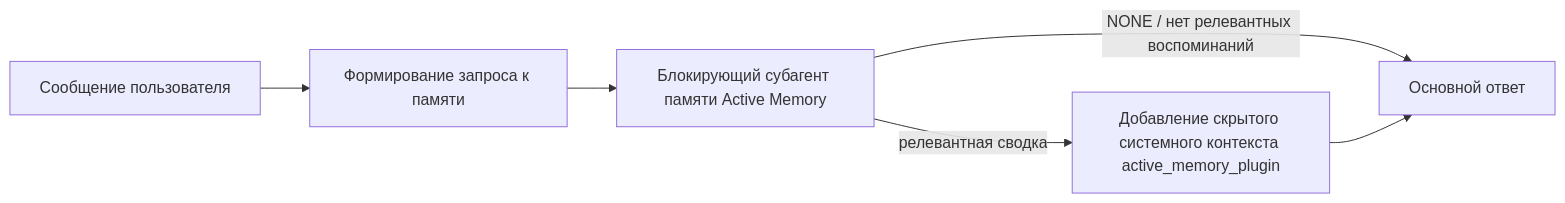
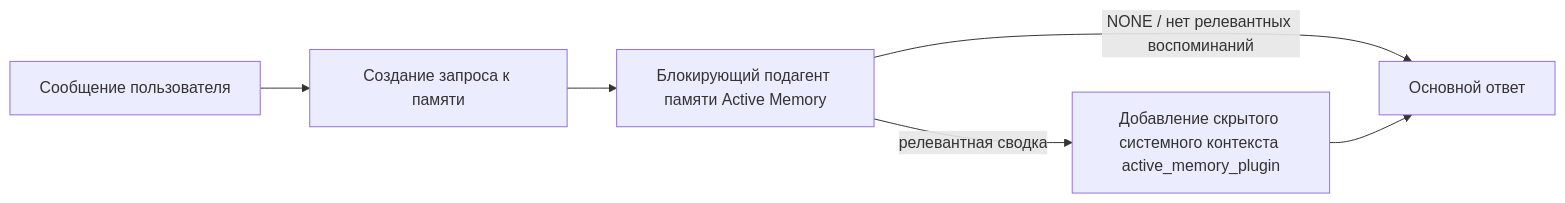
The diagram in docs/ru/concepts/active-memory.md (openclaw/docs), drawn with Mermaid before and after one commit. The commit also changed other lines of this file and 6121 other files, not shown here.

````diff
--- a/docs/ru/concepts/active-memory.md
+++ b/docs/ru/concepts/active-memory.md
@@ -83,8 +84,8 @@
 ```mermaid
 flowchart LR
-  U["Сообщение пользователя"] --> Q["Формирование запроса к памяти"]
-  Q --> R["Блокирующий субагент памяти Active Memory"]
+  U["Сообщение пользователя"] --> Q["Создание запроса к памяти"]
+  Q --> R["Блокирующий подагент памяти Active Memory"]
   R -->|NONE / нет релевантных воспоминаний| M["Основной ответ"]
   R -->|релевантная сводка| I["Добавление скрытого системного контекста active_memory_plugin"]
   I --> M["Основной ответ"]
 ```
````
